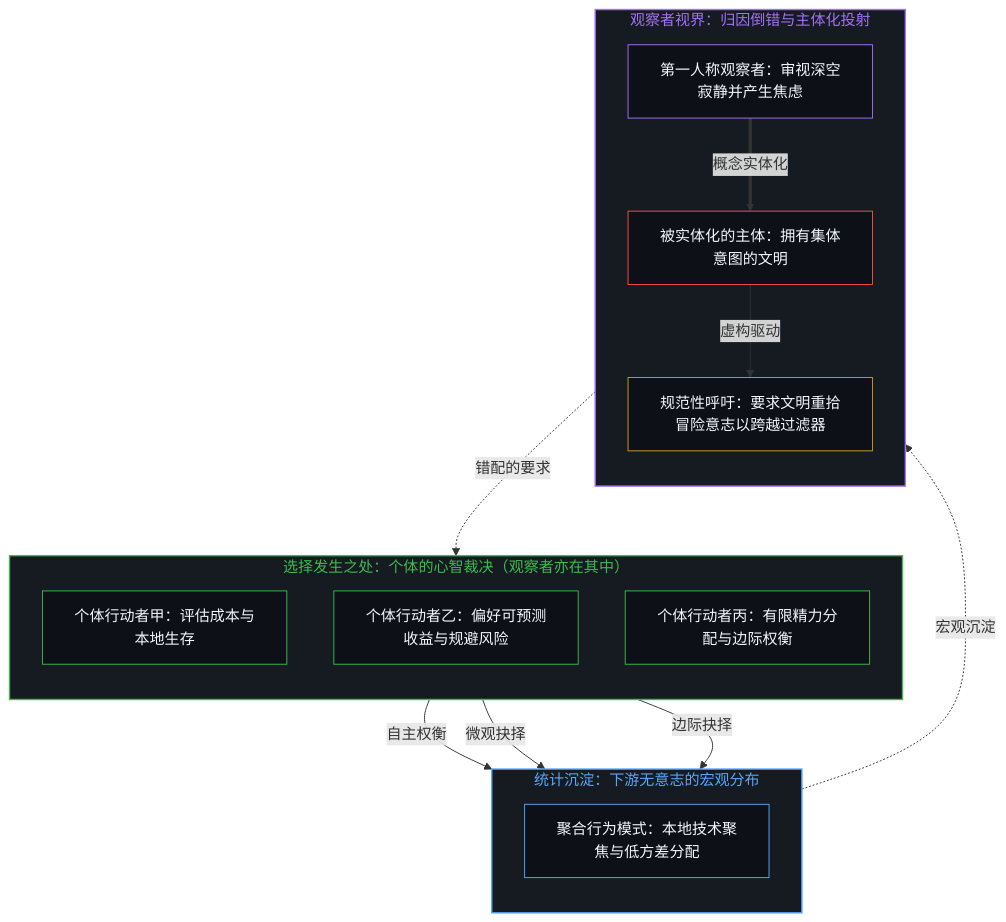
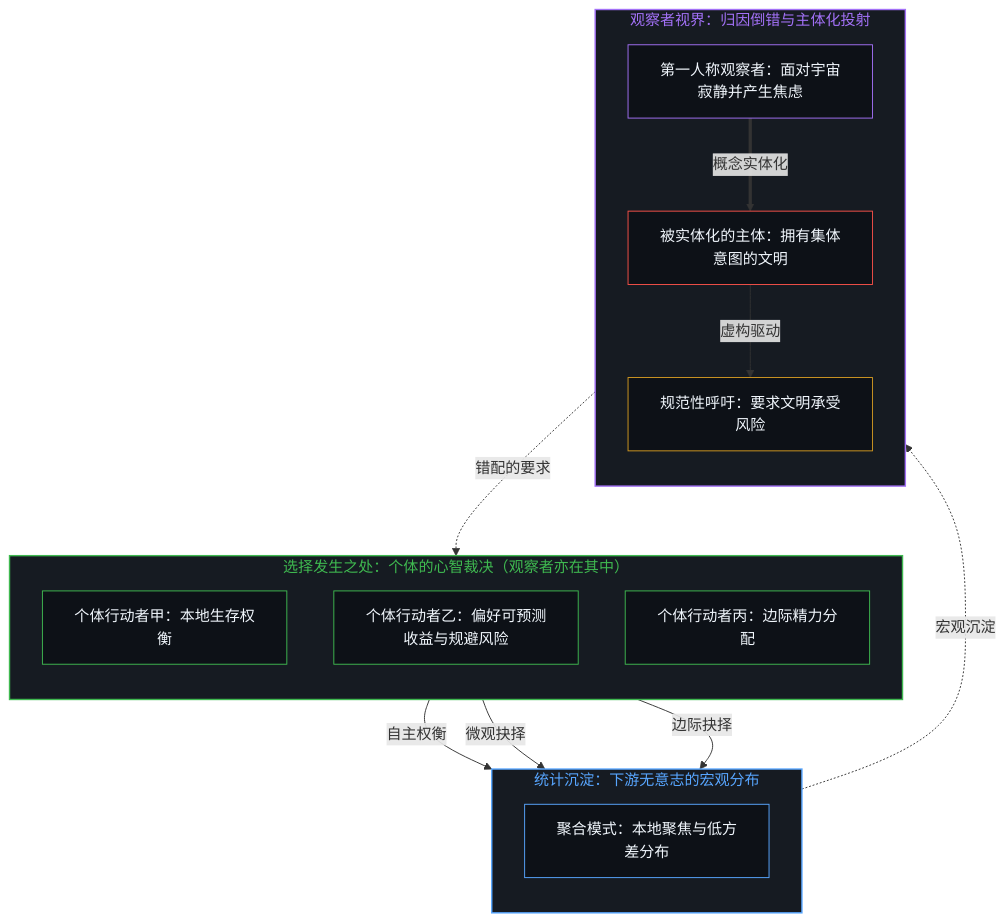
One commit to powerpig99/not-a-toe changed the first of 6 diagrams in content/posts/the-fermi-paradox-reified-agency-and-the-great-filter.md. Above: the diagram before and after it, drawn with Mermaid. The commit also changed other lines of this file and 2 other files, not shown here.

````diff
--- a/content/posts/the-fermi-paradox-reified-agency-and-the-great-filter.md
+++ b/content/posts/the-fermi-paradox-reified-agency-and-the-great-filter.md
@@ -21,36 +21,36 @@
 ```mermaid
 flowchart TD
     subgraph S_Micro ["选择发生之处：个体的心智裁决（观察者亦在其中）"]
         direction TB
-        I1["个体行动者甲：评估成本与本地生存"]
+        I1["个体行动者甲：本地生存权衡"]
         I2["个体行动者乙：偏好可预测收益与规避风险"]
-        I3["个体行动者丙：有限精力分配与边际权衡"]
+        I3["个体行动者丙：边际精力分配"]
     end
     subgraph S_Macro ["统计沉淀：下游无意志的宏观分布"]
         direction TB
-        AD["聚合行为模式：本地技术聚焦与低方差分配"]
+        AD["聚合模式：本地聚焦与低方差分布"]
     end
     subgraph S_Observer ["观察者视界：归因倒错与主体化投射"]
         direction TB
-        OBS["第一人称观察者：审视深空寂静并产生焦虑"]
+        OBS["第一人称观察者：面对宇宙寂静并产生焦虑"]
         GHOST["被实体化的主体：拥有集体意图的文明"]
-        REQ["规范性呼吁：要求文明重拾冒险意志以跨越过滤器"]
+        REQ["规范性呼吁：要求文明承受风险"]
     end
     I1 -->|"自主权衡"| AD
     I2 -->|"微观抉择"| AD
     I3 -->|"边际抉择"| AD
     AD -.->|"宏观沉淀"| OBS
     OBS ==>|"概念实体化"| GHOST
     GHOST -->|"虚构驱动"| REQ
     REQ -.->|"错配的要求"| S_Micro
     style S_Micro fill:#161b22,stroke:#3fb950,stroke-width:1.5px,color:#3fb950
     style S_Macro fill:#161b22,stroke:#58a6ff,stroke-width:1.5px,color:#58a6ff
     style S_Observer fill:#161b22,stroke:#a371f7,stroke-width:1.5px,color:#a371f7
     style I1 fill:#0d1117,stroke:#3fb950,stroke-width:1px,color:#f0f6fc
     style I2 fill:#0d1117,stroke:#3fb950,stroke-width:1px,color:#f0f6fc
     style I3 fill:#0d1117,stroke:#3fb950,stroke-width:1px,color:#f0f6fc
     style AD fill:#0d1117,stroke:#58a6ff,stroke-width:1px,color:#f0f6fc
     style OBS fill:#0d1117,stroke:#a371f7,stroke-width:1px,color:#f0f6fc
     style GHOST fill:#0d1117,stroke:#f85149,stroke-width:1px,color:#f0f6fc
     style REQ fill:#0d1117,stroke:#d29922,stroke-width:1px,color:#f0f6fc
 ```
````
